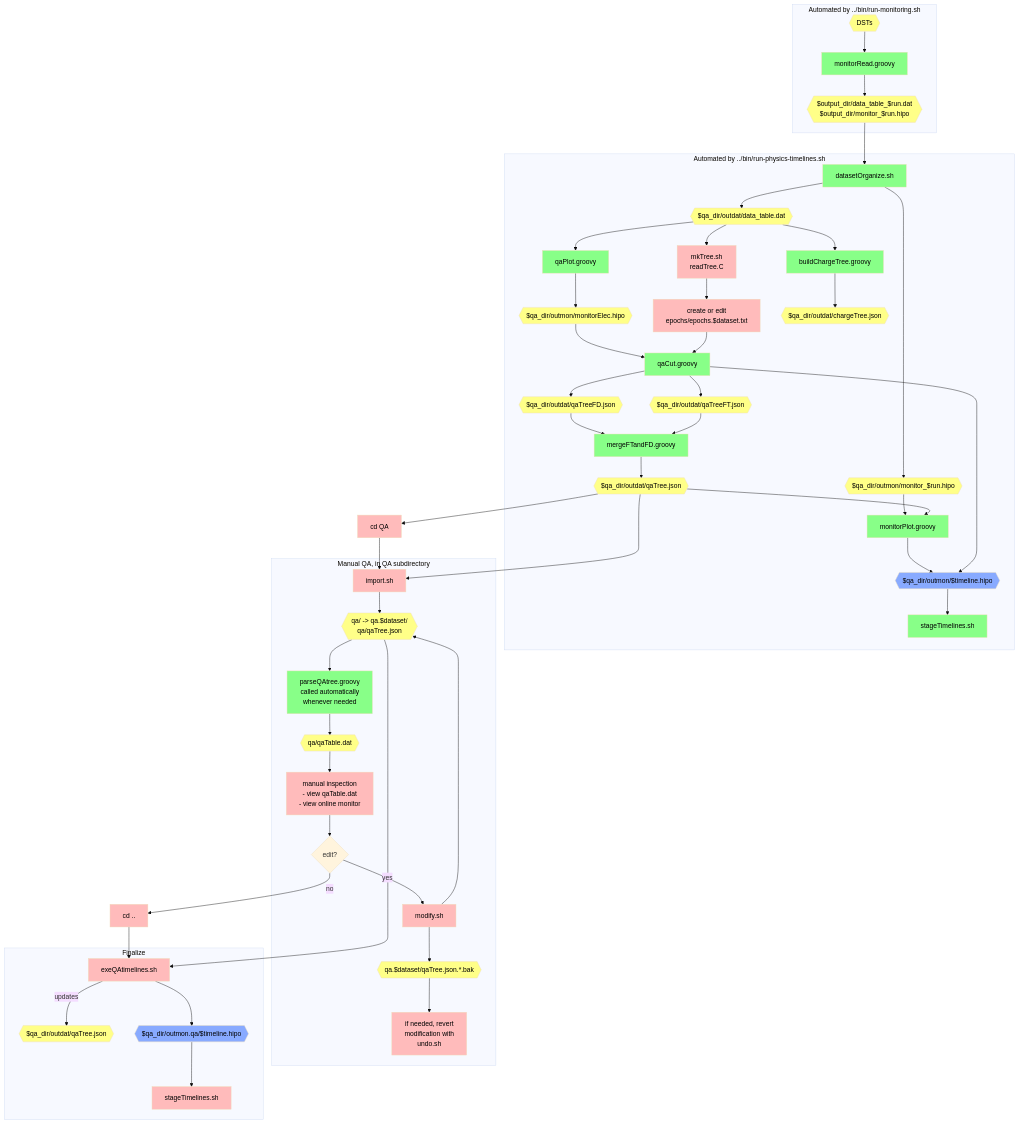
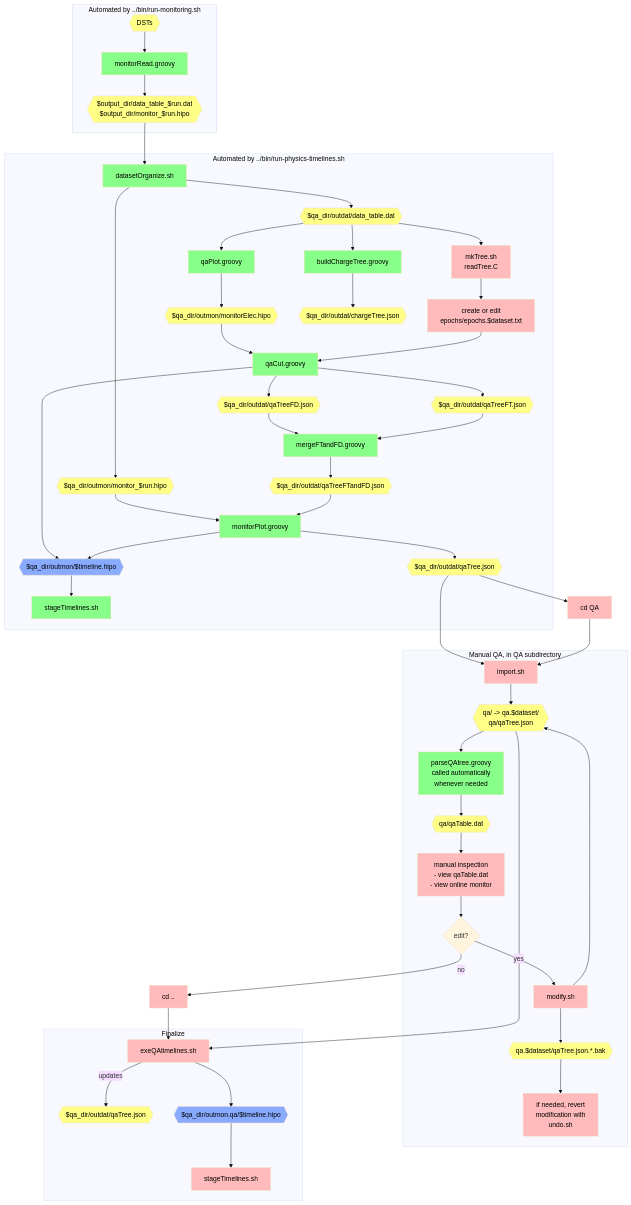
Before and after one commit to JeffersonLab/clas12-timeline: the second of 2 diagrams in qa-physics/docs/docDiagram.md, drawn with Mermaid (base theme). The commit also changed 2 other files, not shown here.

Commit message:
doc: need intermediate `qaTreeFTandFD.json`

```diff
--- a/qa-physics/docs/docDiagram.md
+++ b/qa-physics/docs/docDiagram.md
@@ -43,13 +43,6 @@
       datasetOrganize --> outmonFiles
       datasetOrganize --> outdatFiles
 
-      monitorPlot[monitorPlot.groovy]:::auto
-      timelineFiles{{$qa_dir/outmon/$timeline.hipo}}:::timeline
-      qaTree{{$qa_dir/outdat/qaTree.json}}:::data
-      outmonFiles --> monitorPlot
-      qaTree --> monitorPlot
-      monitorPlot --> timelineFiles
-
       qaPlot[qaPlot.groovy]:::auto
       outdatFiles --> mkTree[mkTree.sh<br />readTree.C]:::manual
       mkTree --> createEpochs[create or edit<br>epochs/epochs.$dataset.txt]:::manual
@@ -61,12 +54,21 @@
       mergeFTandFD[mergeFTandFD.groovy]:::auto
       qaTreeFD{{$qa_dir/outdat/qaTreeFD.json}}:::data
       qaTreeFT{{$qa_dir/outdat/qaTreeFT.json}}:::data
+      qaTreeFTandFD{{$qa_dir/outdat/qaTreeFTandFD.json}}:::data
+      timelineFiles{{$qa_dir/outmon/$timeline.hipo}}:::timeline
       monitorElec --> qaCut
       createEpochs --> qaCut
       qaCut --> timelineFiles
       qaCut --> qaTreeFD --> mergeFTandFD
       qaCut --> qaTreeFT --> mergeFTandFD
-      mergeFTandFD --> qaTree
+      mergeFTandFD --> qaTreeFTandFD
+
+      monitorPlot[monitorPlot.groovy]:::auto
+      qaTree{{$qa_dir/outdat/qaTree.json}}:::data
+      outmonFiles --> monitorPlot
+      qaTreeFTandFD --> monitorPlot
+      monitorPlot --> qaTree
+      monitorPlot --> timelineFiles
 
       buildCT[buildChargeTree.groovy]:::auto
       chargeTree{{$qa_dir/outdat/chargeTree.json}}:::data
```
